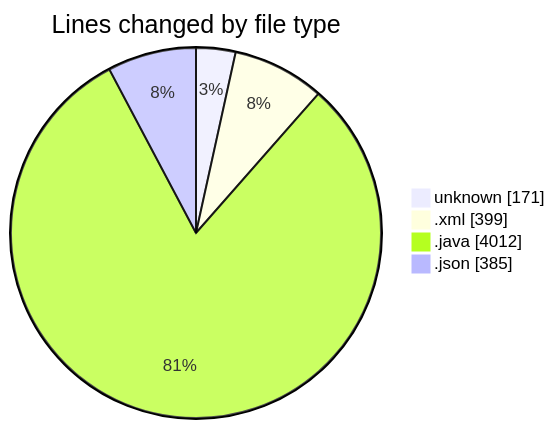
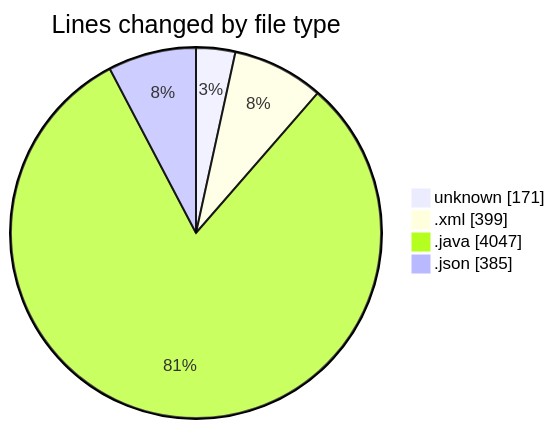
One commit to charlie-sans/code-tracking changed the first of 2 diagrams in 2025-02-24/micros/README.md. Above: the diagram before and after it, drawn with Mermaid. The commit also changed other lines of this file and 1 other file, not shown here.

````diff
--- a/2025-02-24/micros/README.md
+++ b/2025-02-24/micros/README.md
@@ -34,8 +34,8 @@
 ```mermaid
 pie showData
 title Lines changed by file type
 "unknown" : 171
 ".xml" : 399
-".java" : 4012
+".java" : 4047
 ".json" : 385
 ```
````
